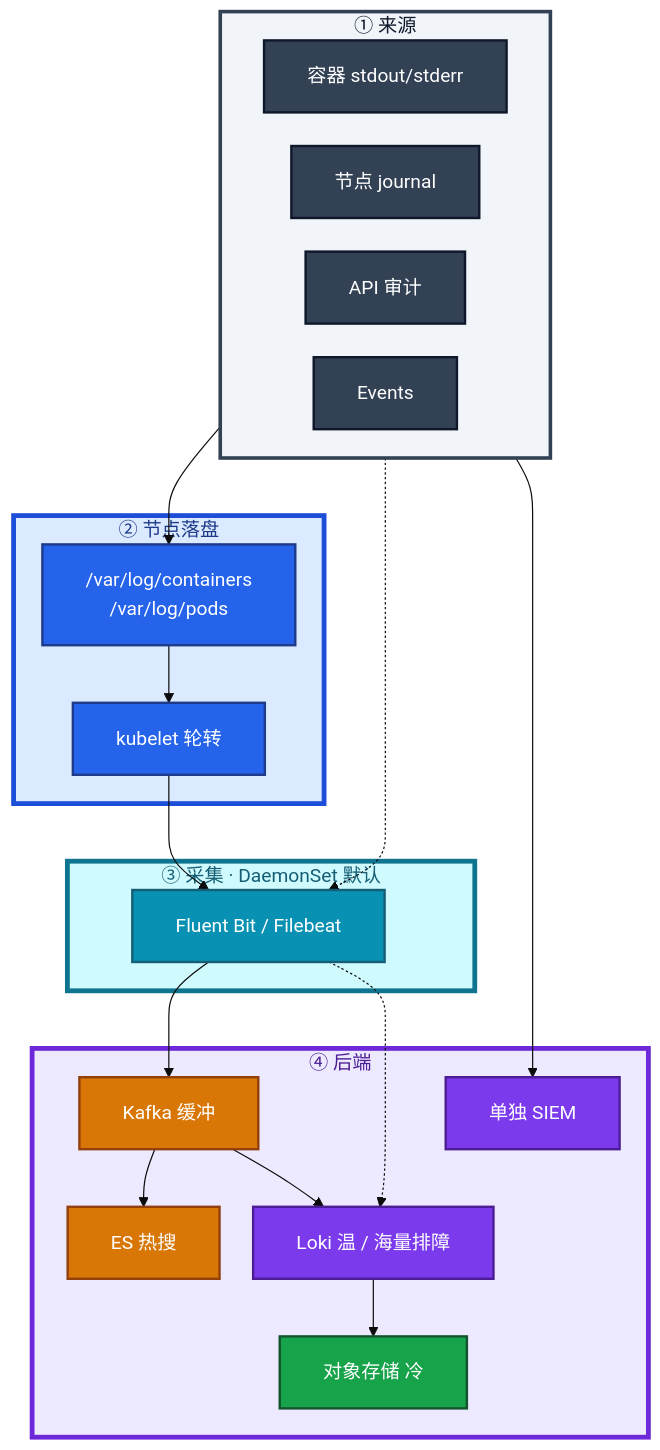
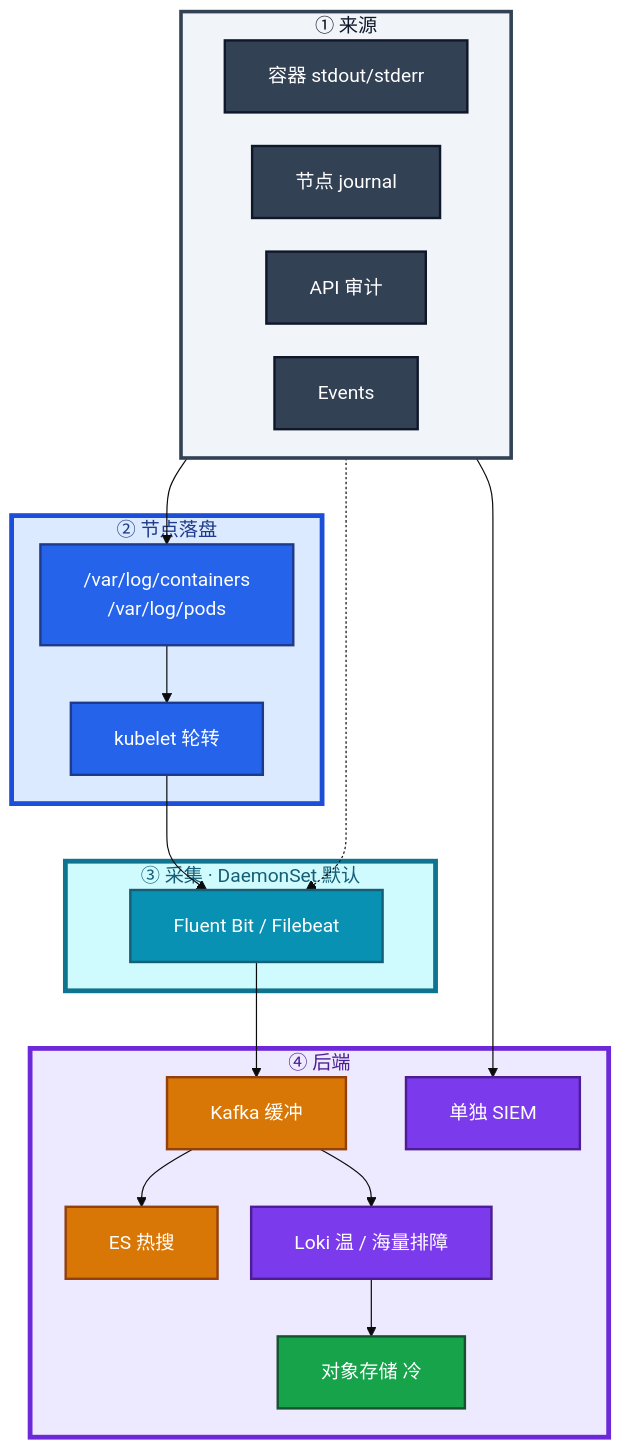
Before and after one commit to ml-cuizijun/LearnToLilith: the second of 5 diagrams in 04-Kubernetes/19-日志管理/知识点.md, drawn with Mermaid. The commit also changed other lines of this file and 107 other files, not shown here.

````diff
--- a/04-Kubernetes/19-日志管理/知识点.md
+++ b/04-Kubernetes/19-日志管理/知识点.md
@@ -75,55 +73,54 @@
 ```mermaid
 %%{init: {"flowchart": {"padding": 18, "nodeSpacing": 28, "rankSpacing": 48}, "theme": "base"}}%%
 flowchart TB
     subgraph src ["① 来源"]
         direction LR
         stdout[容器 stdout/stderr]
         journal[节点 journal]
         audit[API 审计]
         ev[Events]
     end
 
     subgraph node ["② 节点落盘"]
         files["/var/log/containers<br/>/var/log/pods"]
         rot[kubelet 轮转]
         stdout --> files
         files --> rot
     end
 
     subgraph agent ["③ 采集 · DaemonSet 默认"]
         fb[Fluent Bit / Filebeat]
         rot --> fb
         journal -.-> fb
     end
 
     subgraph sink ["④ 后端"]
         kafka[Kafka 缓冲]
         es["ES 热搜"]
         loki["Loki 温 / 海量排障"]
         oss[对象存储 冷]
         fb --> kafka
         kafka --> es
         kafka --> loki
         loki --> oss
-        fb -.-> loki
         audit --> siem[单独 SIEM]
     end
 
     classDef src fill:#334155,stroke:#0F172A,stroke-width:2px,color:#fff
     classDef node fill:#2563EB,stroke:#1E3A8A,stroke-width:2px,color:#fff
     classDef agent fill:#0891B2,stroke:#155E75,stroke-width:2px,color:#fff
     classDef hot fill:#D97706,stroke:#92400E,stroke-width:2px,color:#fff
     classDef warm fill:#7C3AED,stroke:#4C1D95,stroke-width:2px,color:#fff
     classDef cold fill:#16A34A,stroke:#14532D,stroke-width:2px,color:#fff
     class stdout,journal,audit,ev src
     class files,rot node
     class fb agent
     class kafka,es hot
     class loki,siem warm
     class oss cold
 
     style src fill:#F1F5F9,stroke:#334155,stroke-width:3px,color:#0F172A
     style node fill:#DBEAFE,stroke:#1D4ED8,stroke-width:4px,color:#1E3A8A
     style agent fill:#CFFAFE,stroke:#0E7490,stroke-width:4px,color:#155E75
     style sink fill:#EDE9FE,stroke:#6D28D9,stroke-width:4px,color:#4C1D95
 ```
````
